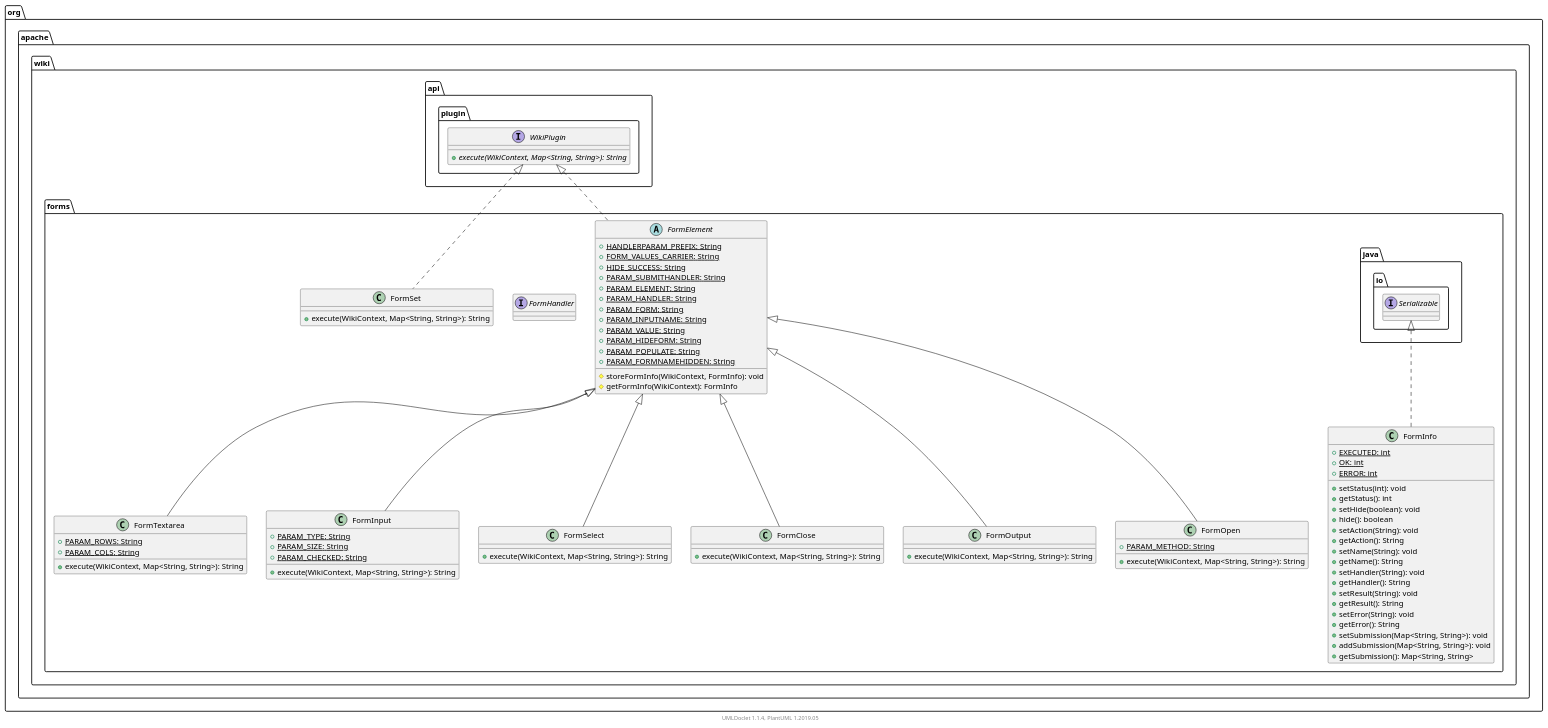
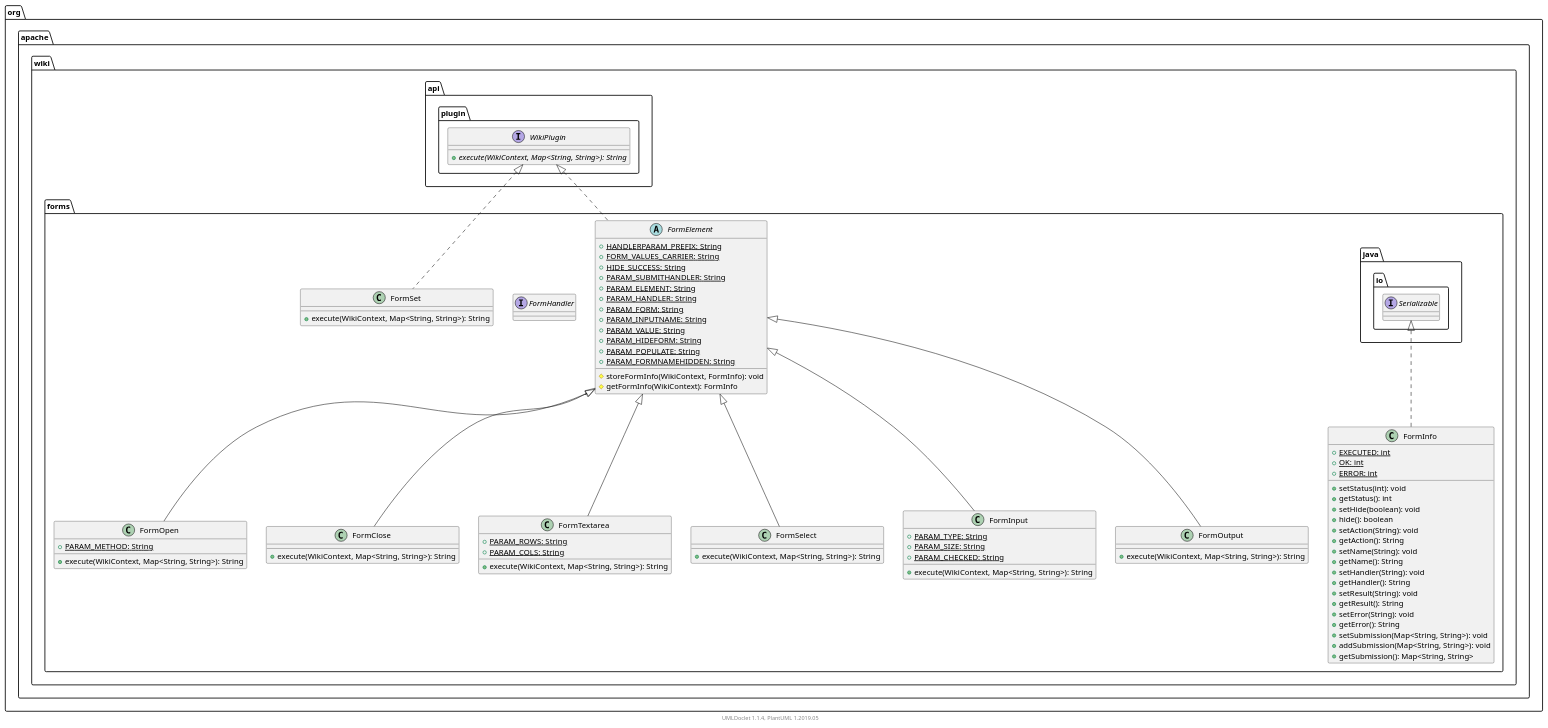
One commit to apache/jspwiki-site changed the diagram in apidocs/2.11.0.M7-SNAPSHOT/org/apache/wiki/forms/package.puml. Above: the diagram before and after it, drawn with PlantUML. The commit also changed other lines of this file and 1798 other files, not shown here.

```diff
--- a/apidocs/2.11.0.M7-SNAPSHOT/org/apache/wiki/forms/package.puml
+++ b/apidocs/2.11.0.M7-SNAPSHOT/org/apache/wiki/forms/package.puml
@@ -1,108 +1,108 @@
 @startuml
 
     namespace org.apache.wiki.forms {
-
-        class FormTextarea [[FormTextarea.html]] {
-            {static} +PARAM_ROWS: String
-            {static} +PARAM_COLS: String
-            +execute(WikiContext, Map<String, String>): String
-        }
 
         abstract class FormElement [[FormElement.html]] {
             {static} +HANDLERPARAM_PREFIX: String
             {static} +FORM_VALUES_CARRIER: String
             {static} +HIDE_SUCCESS: String
             {static} +PARAM_SUBMITHANDLER: String
             {static} +PARAM_ELEMENT: String
             {static} +PARAM_HANDLER: String
             {static} +PARAM_FORM: String
             {static} +PARAM_INPUTNAME: String
             {static} +PARAM_VALUE: String
             {static} +PARAM_HIDEFORM: String
             {static} +PARAM_POPULATE: String
             {static} +PARAM_FORMNAMEHIDDEN: String
             #storeFormInfo(WikiContext, FormInfo): void
             #getFormInfo(WikiContext): FormInfo
-        }
-
-        class FormInput [[FormInput.html]] {
-            {static} +PARAM_TYPE: String
-            {static} +PARAM_SIZE: String
-            {static} +PARAM_CHECKED: String
-            +execute(WikiContext, Map<String, String>): String
-        }
-
-        class FormSelect [[FormSelect.html]] {
-            +execute(WikiContext, Map<String, String>): String
-        }
-
-        class FormClose [[FormClose.html]] {
-            +execute(WikiContext, Map<String, String>): String
-        }
-
-        class FormOutput [[FormOutput.html]] {
-            +execute(WikiContext, Map<String, String>): String
-        }
-
-        interface FormHandler [[FormHandler.html]] {
         }
 
         class FormInfo [[FormInfo.html]] {
             {static} +EXECUTED: int
             {static} +OK: int
             {static} +ERROR: int
             +setStatus(int): void
             +getStatus(): int
             +setHide(boolean): void
             +hide(): boolean
             +setAction(String): void
             +getAction(): String
             +setName(String): void
             +getName(): String
             +setHandler(String): void
             +getHandler(): String
             +setResult(String): void
             +getResult(): String
             +setError(String): void
             +getError(): String
             +setSubmission(Map<String, String>): void
             +addSubmission(Map<String, String>): void
             +getSubmission(): Map<String, String>
         }
 
-        class FormSet [[FormSet.html]] {
-            +execute(WikiContext, Map<String, String>): String
-        }
-
         class FormOpen [[FormOpen.html]] {
             {static} +PARAM_METHOD: String
             +execute(WikiContext, Map<String, String>): String
         }
 
-        FormElement <|-- FormTextarea
+        interface FormHandler [[FormHandler.html]] {
+        }
+
+        class FormClose [[FormClose.html]] {
+            +execute(WikiContext, Map<String, String>): String
+        }
+
+        class FormTextarea [[FormTextarea.html]] {
+            {static} +PARAM_ROWS: String
+            {static} +PARAM_COLS: String
+            +execute(WikiContext, Map<String, String>): String
+        }
+
+        class FormSelect [[FormSelect.html]] {
+            +execute(WikiContext, Map<String, String>): String
+        }
+
+        class FormInput [[FormInput.html]] {
+            {static} +PARAM_TYPE: String
+            {static} +PARAM_SIZE: String
+            {static} +PARAM_CHECKED: String
+            +execute(WikiContext, Map<String, String>): String
+        }
+
+        class FormOutput [[FormOutput.html]] {
+            +execute(WikiContext, Map<String, String>): String
+        }
+
+        class FormSet [[FormSet.html]] {
+            +execute(WikiContext, Map<String, String>): String
+        }
 
         interface org.apache.wiki.api.plugin.WikiPlugin {
             {abstract} +execute(WikiContext, Map<String, String>): String
         }
         org.apache.wiki.api.plugin.WikiPlugin <|.. FormElement
 
-        FormElement <|-- FormInput
+        interface java.io.Serializable
+        java.io.Serializable <|.. FormInfo
+
+        FormElement <|-- FormOpen
+
+        FormElement <|-- FormClose
+
+        FormElement <|-- FormTextarea
 
         FormElement <|-- FormSelect
 
-        FormElement <|-- FormClose
+        FormElement <|-- FormInput
 
         FormElement <|-- FormOutput
 
-        interface java.io.Serializable
-        java.io.Serializable <|.. FormInfo
-
         org.apache.wiki.api.plugin.WikiPlugin <|.. FormSet
-
-        FormElement <|-- FormOpen
 
     }
 
 
     center footer UMLDoclet 1.1.4, PlantUML 1.2019.05
 @enduml
```
